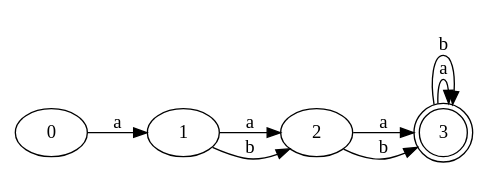
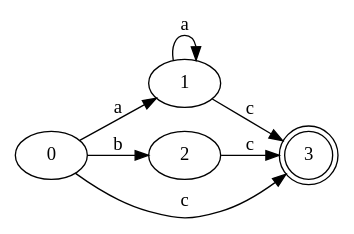
The diagram in Graph/DFA_Direct.gv (MaaarcosG/Automatas), drawn with Graphviz before and after one commit. The commit also changed 13 other files, not shown here.

```diff
--- a/Graph/DFA_Direct.gv
+++ b/Graph/DFA_Direct.gv
@@ -1,14 +1,13 @@
 digraph Automata {
 	rankdir=LR
 	0 [label=0]
 	0 -> 1 [label=a]
+	0 -> 2 [label=b]
+	0 -> 3 [label=c]
 	1 [label=1]
-	1 -> 2 [label=a]
-	1 -> 2 [label=b]
+	1 -> 1 [label=a]
+	1 -> 3 [label=c]
 	2 [label=2]
-	2 -> 3 [label=a]
-	2 -> 3 [label=b]
+	2 -> 3 [label=c]
 	3 [label=3 shape=doublecircle]
-	3 -> 3 [label=a]
-	3 -> 3 [label=b]
 }
```
